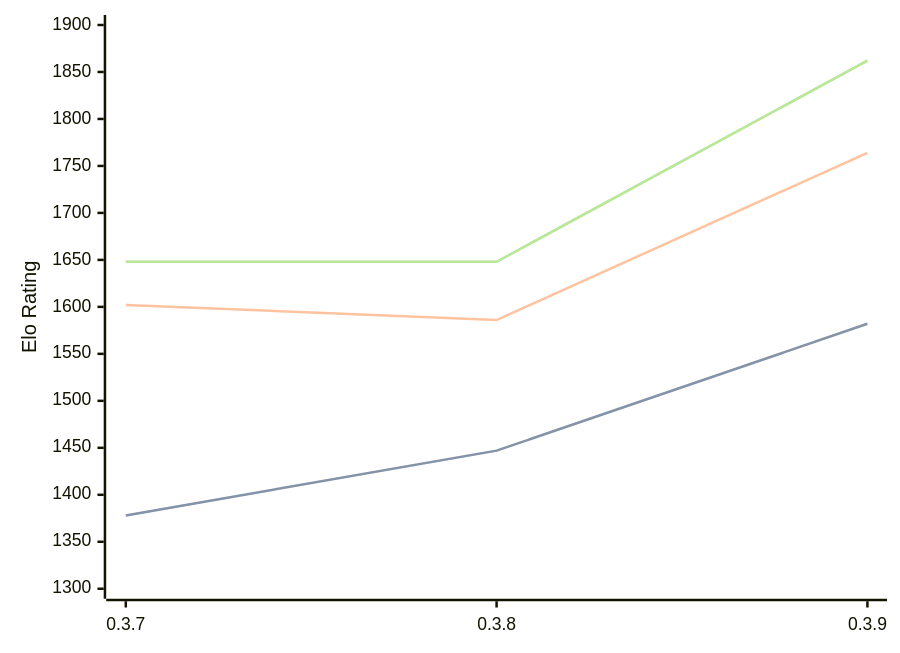
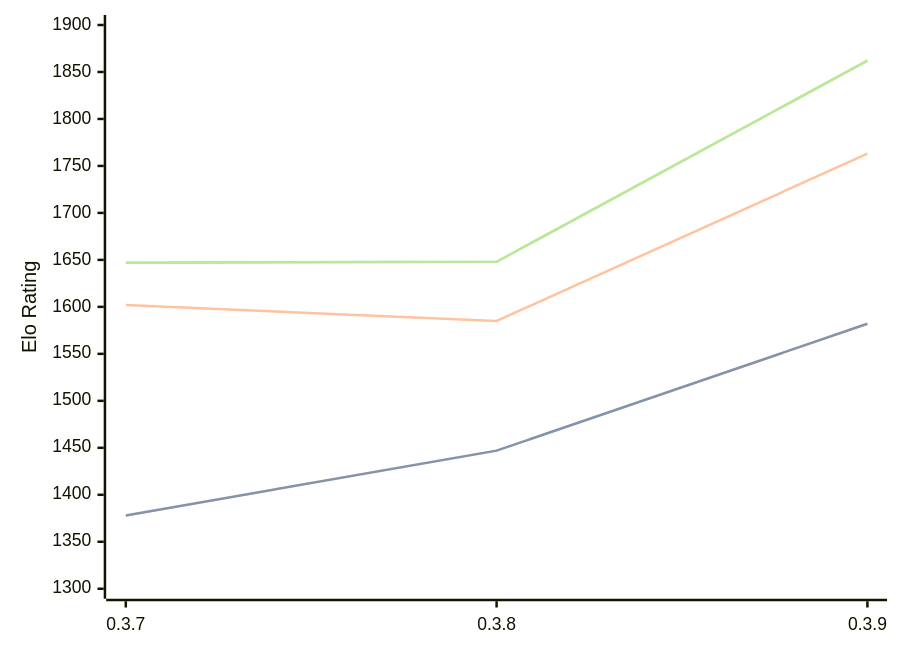
The diagram in engines/Arche.md (computer-chess-index/cci), drawn with Mermaid before and after one commit. The commit also changed other lines of this file, not shown here.

Commit message:
Update CCI Ratings (ELO VLTC) - 2026-08-12

````diff
--- a/engines/Arche.md
+++ b/engines/Arche.md
@@ -33,11 +33,11 @@
 ```mermaid
 %%{init: {"theme":"base","themeVariables":{"seriesColors:['#a3a3a3','#222221','#faa371']}}}%%
 xychart-beta
   x-axis ["0.3.7", "0.3.8", "0.3.9"]
   y-axis "Elo Rating" 1300 --> 1900
   line "STC (8.0+0.08s)" [1378, 1447, 1582]
   line "STC (8.0+0.08s)" [1378, 1447, 1582]
-  line "LTC (60.0+0.60s)" [1602, 1586, 1764]
-  line "VLTC (2m24s+1.12s)" [1648, 1648, 1862]
-  line "VLTC (2m24s+1.12s)" [1648, 1648, 1862]
+  line "LTC (60.0+0.60s)" [1602, 1585, 1763]
+  line "VLTC (2m24s+1.12s)" [1647, 1648, 1862]
+  line "VLTC (2m24s+1.12s)" [1647, 1648, 1862]
 ```
````
